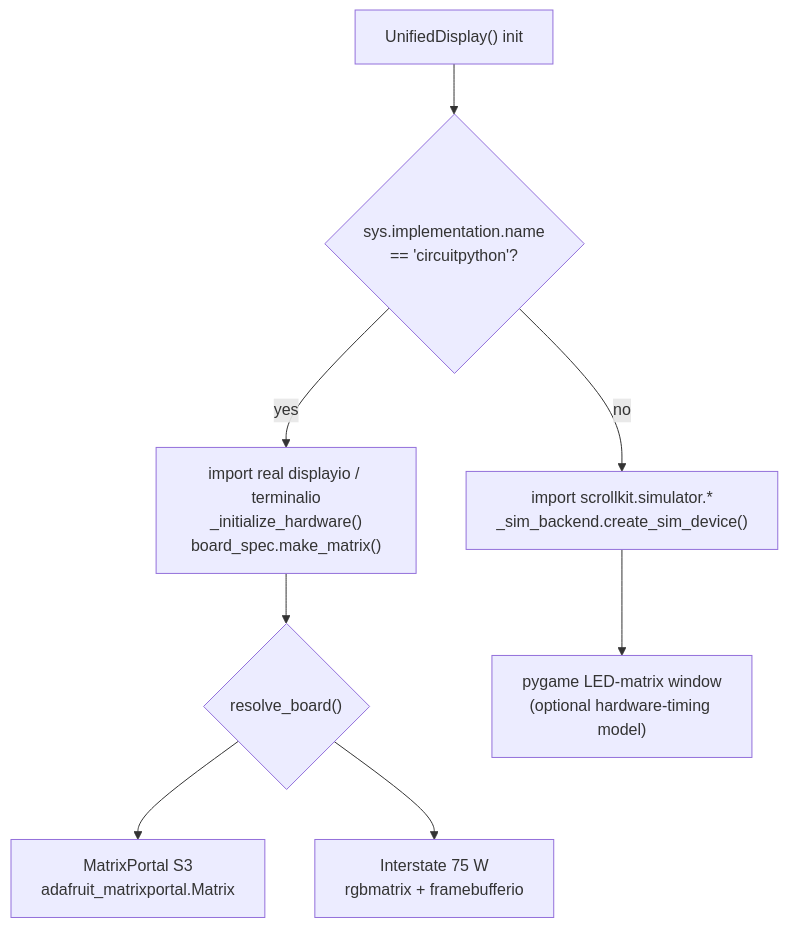
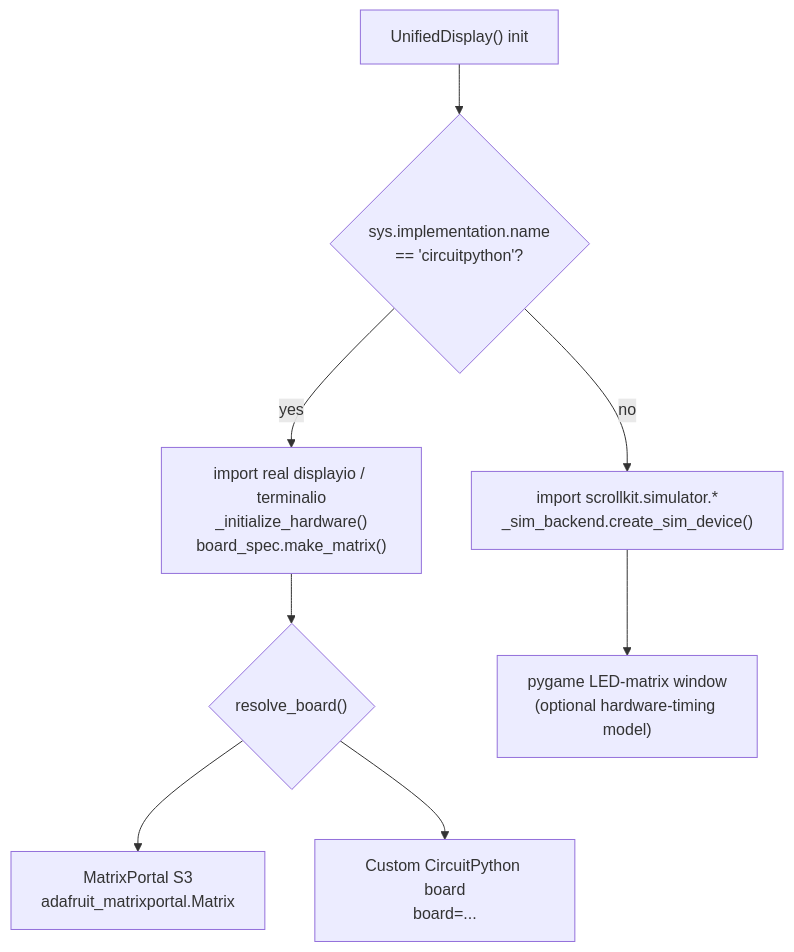
One commit to czei/scrollkit changed the second of 3 diagrams in docs/guide/display.md. Above: the diagram before and after it, drawn with Mermaid. The commit also changed other lines of this file and 9 other files, not shown here.

````diff
--- a/docs/guide/display.md
+++ b/docs/guide/display.md
@@ -97,10 +97,10 @@
 ```mermaid
 flowchart TB
     imp["UnifiedDisplay() init"] --> q{"sys.implementation.name<br/>== 'circuitpython'?"}
     q -->|yes| hw["import real displayio / terminalio<br/>_initialize_hardware()<br/>board_spec.make_matrix()"]
     q -->|no| sim["import scrollkit.simulator.*<br/>_sim_backend.create_sim_device()"]
     hw --> board{"resolve_board()"}
     board --> b1["MatrixPortal S3<br/>adafruit_matrixportal.Matrix"]
-    board --> b2["Interstate 75 W<br/>rgbmatrix + framebufferio"]
+    board --> b2["Custom CircuitPython board<br/>board=..."]
     sim --> panel["pygame LED-matrix window<br/>(optional hardware-timing model)"]
 ```
````
